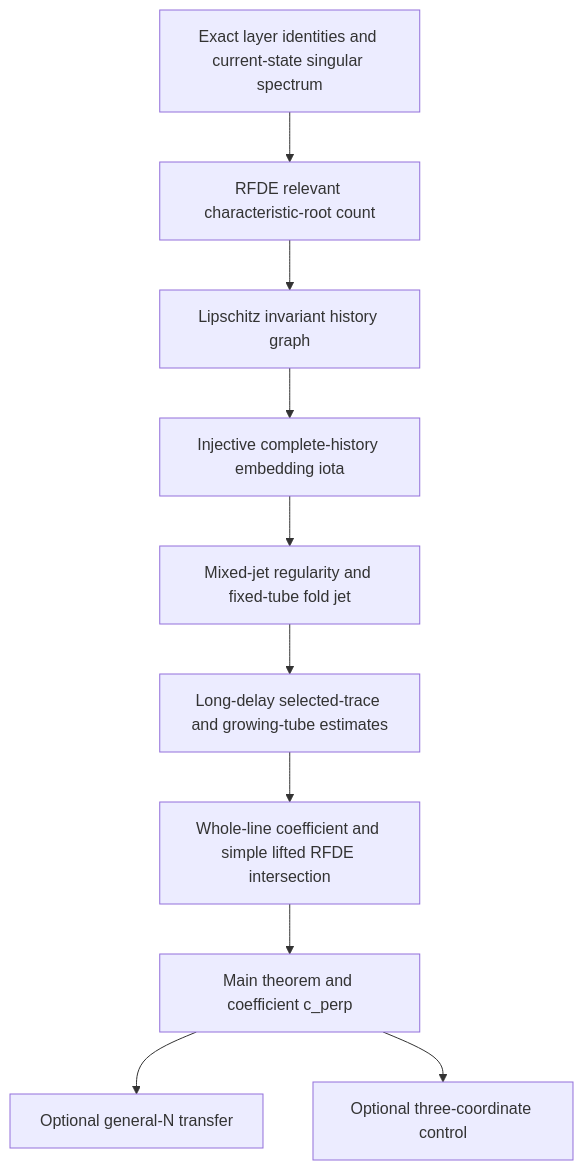
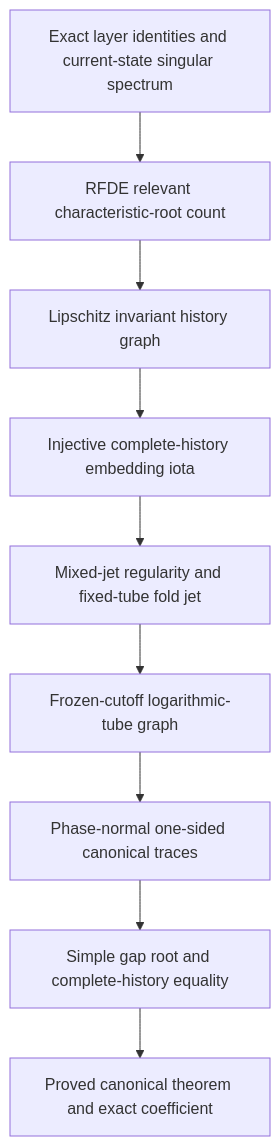
The diagram in docs/flagship-research-design.md (h-lu/canard-aware-network-control), drawn with Mermaid before and after one commit. The commit also changed other lines of this file and 21 other files, not shown here.

Commit message:
Prove the canonical long-delay history root

````diff
--- a/docs/flagship-research-design.md
+++ b/docs/flagship-research-design.md
@@ -327,12 +370,11 @@
 ```mermaid
 flowchart TD
     A["Exact layer identities and current-state singular spectrum"] --> B["RFDE relevant characteristic-root count"]
     B --> C["Lipschitz invariant history graph"]
     C --> D["Injective complete-history embedding iota"]
     D --> E["Mixed-jet regularity and fixed-tube fold jet"]
-    E --> F["Long-delay selected-trace and growing-tube estimates"]
-    F --> G["Whole-line coefficient and simple lifted RFDE intersection"]
-    G --> H["Main theorem and coefficient c_perp"]
-    H --> I["Optional general-N transfer"]
-    H --> J["Optional three-coordinate control"]
+    E --> F["Frozen-cutoff logarithmic-tube graph"]
+    F --> G["Phase-normal one-sided canonical traces"]
+    G --> H["Simple gap root and complete-history equality"]
+    H --> I["Proved canonical theorem and exact coefficient"]
 ```
````
